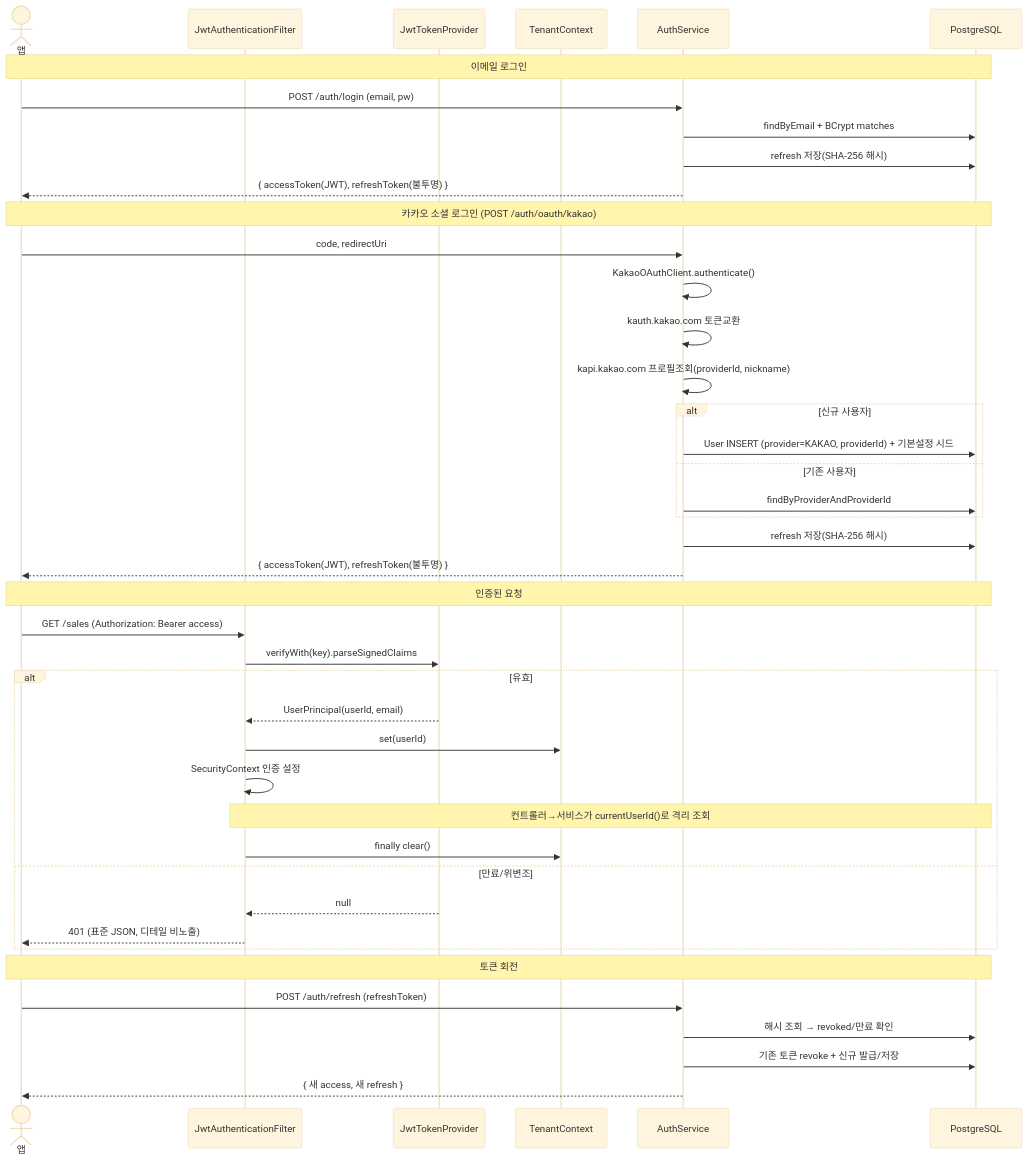
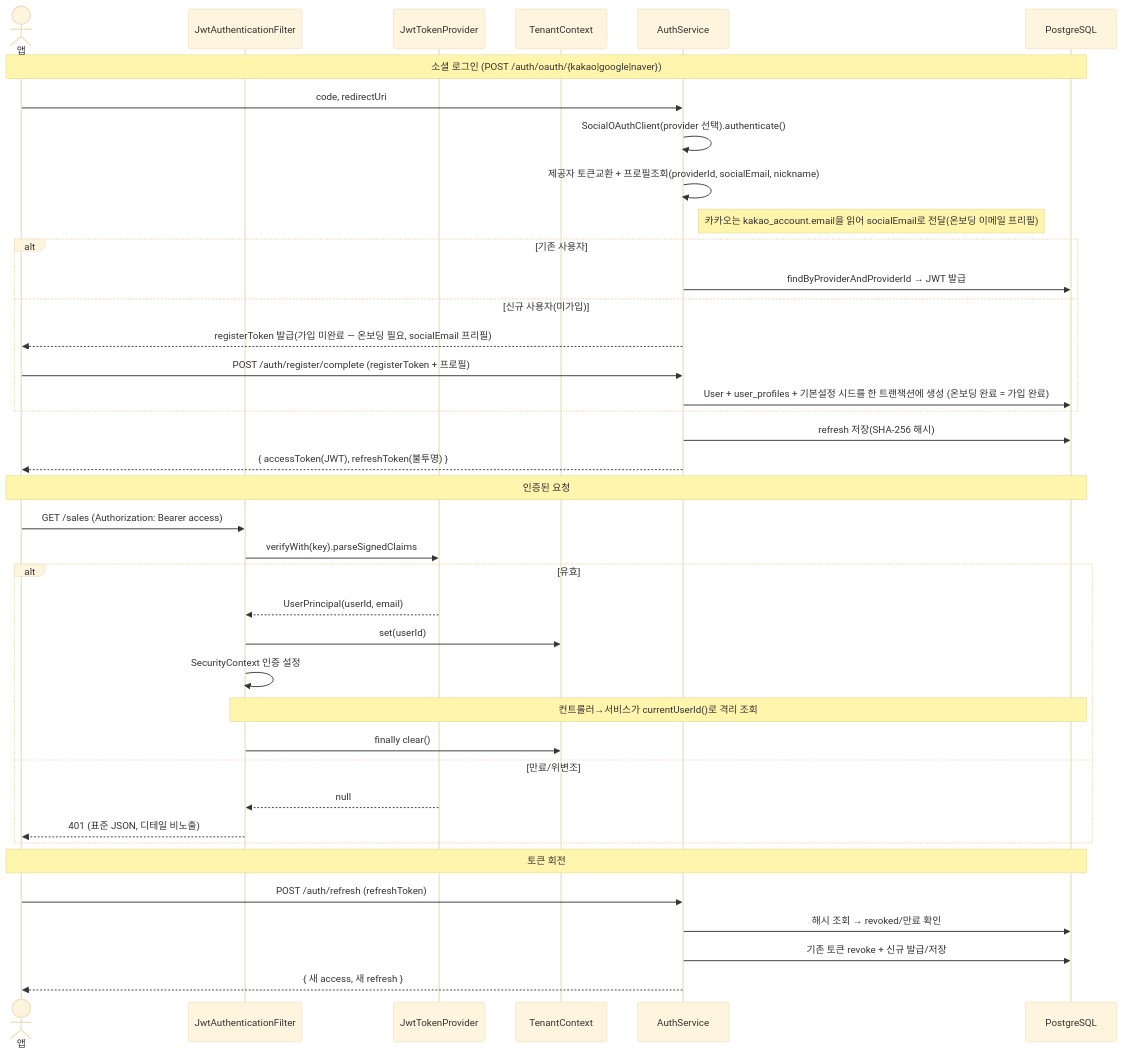
One commit to flori-ai-kr/api changed the fourth of 10 diagrams in docs/ARCHITECTURE.md. Above: the diagram before and after it, drawn with Mermaid (base theme). The commit also changed other lines of this file and 185 other files, not shown here.

````diff
--- a/docs/ARCHITECTURE.md
+++ b/docs/ARCHITECTURE.md
@@ -266,48 +267,44 @@
 ```mermaid
 sequenceDiagram
     actor U as 앱
     participant F as JwtAuthenticationFilter
     participant TP as JwtTokenProvider
     participant TC as TenantContext
     participant AS as AuthService
     participant DB as PostgreSQL
 
-    Note over U,DB: 이메일 로그인
-    U->>AS: POST /auth/login (email, pw)
-    AS->>DB: findByEmail + BCrypt matches
-    AS->>DB: refresh 저장(SHA-256 해시)
-    AS-->>U: { accessToken(JWT), refreshToken(불투명) }
-
-    Note over U,DB: 카카오 소셜 로그인 (POST /auth/oauth/kakao)
+    Note over U,DB: 소셜 로그인 (POST /auth/oauth/{kakao|google|naver})
     U->>AS: code, redirectUri
-    AS->>AS: KakaoOAuthClient.authenticate()
-    AS->>AS: kauth.kakao.com 토큰교환
-    AS->>AS: kapi.kakao.com 프로필조회(providerId, nickname)
-    alt 신규 사용자
-        AS->>DB: User INSERT (provider=KAKAO, providerId) + 기본설정 시드
-    else 기존 사용자
-        AS->>DB: findByProviderAndProviderId
+    AS->>AS: SocialOAuthClient(provider 선택).authenticate()
+    AS->>AS: 제공자 토큰교환 + 프로필조회(providerId, socialEmail, nickname)
+    Note right of AS: 카카오는 kakao_account.email을 읽어 socialEmail로 전달(온보딩 이메일 프리필)
+    alt 기존 사용자
+        AS->>DB: findByProviderAndProviderId → JWT 발급
+    else 신규 사용자(미가입)
+        AS-->>U: registerToken 발급(가입 미완료 — 온보딩 필요, socialEmail 프리필)
+        U->>AS: POST /auth/register/complete (registerToken + 프로필)
+        AS->>DB: User + user_profiles + 기본설정 시드를 한 트랜잭션에 생성 (온보딩 완료 = 가입 완료)
     end
     AS->>DB: refresh 저장(SHA-256 해시)
     AS-->>U: { accessToken(JWT), refreshToken(불투명) }
 
     Note over U,DB: 인증된 요청
     U->>F: GET /sales (Authorization: Bearer access)
     F->>TP: verifyWith(key).parseSignedClaims
     alt 유효
         TP-->>F: UserPrincipal(userId, email)
         F->>TC: set(userId)
         F->>F: SecurityContext 인증 설정
         Note over F,DB: 컨트롤러→서비스가 currentUserId()로 격리 조회
         F->>TC: finally clear()
     else 만료/위변조
         TP-->>F: null
         F-->>U: 401 (표준 JSON, 디테일 비노출)
     end
 
     Note over U,DB: 토큰 회전
     U->>AS: POST /auth/refresh (refreshToken)
     AS->>DB: 해시 조회 → revoked/만료 확인
     AS->>DB: 기존 토큰 revoke + 신규 발급/저장
     AS-->>U: { 새 access, 새 refresh }
 ```
````
